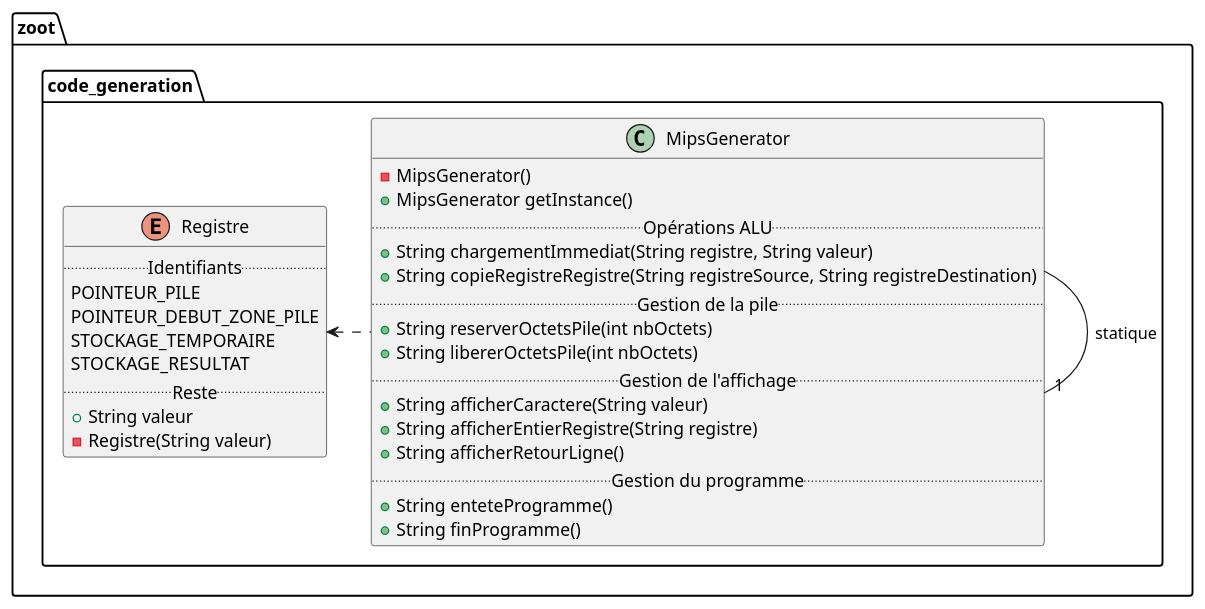
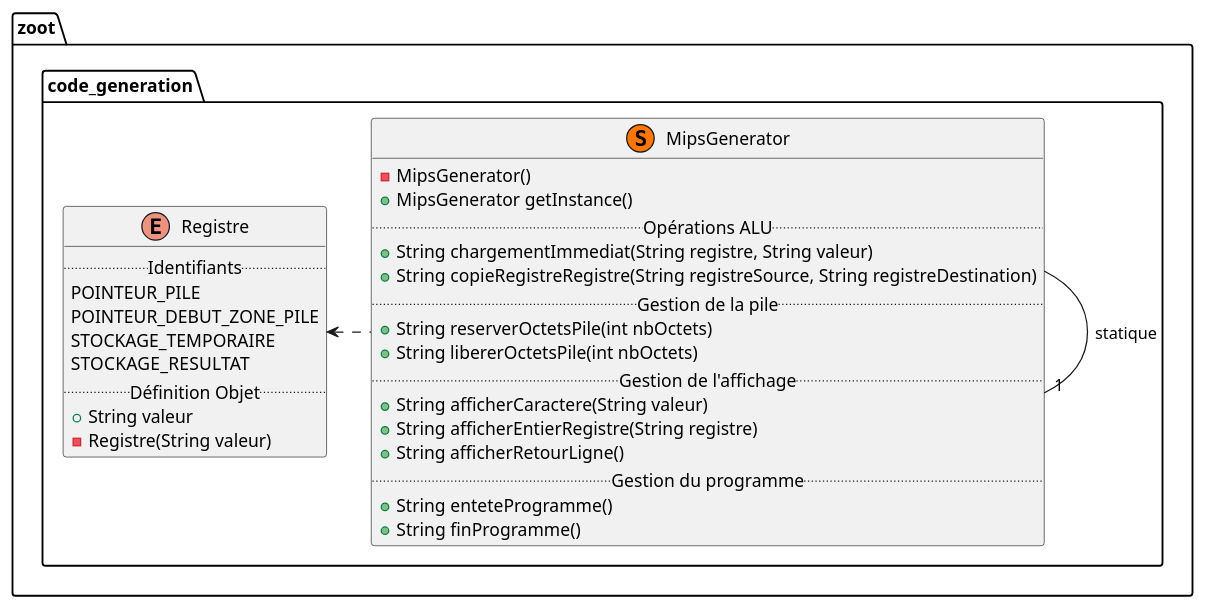
Before and after one commit to lmtb06/zoot: the diagram in diagrammes/classe/code_generation.puml, drawn with PlantUML. The commit also changed 8 other files, not shown here.

Commit message:
Ajout de l'attribut MipsGenerator à ArbreAbstrait afin d'alléger l'écriture du code.

```diff
--- a/diagrammes/classe/code_generation.puml
+++ b/diagrammes/classe/code_generation.puml
@@ -1,40 +1,40 @@
 @startuml "Package code_generation"
 
 namespace zoot.code_generation {
     ' Includes
     ' Classes
-    enum Registre {
+    enum Registre{
         .. Identifiants ..
         POINTEUR_PILE
         POINTEUR_DEBUT_ZONE_PILE
         STOCKAGE_TEMPORAIRE
         STOCKAGE_RESULTAT
-        .. Reste ..
+        .. Définition Objet ..
         + String valeur
         - Registre(String valeur)
     }
 
-    class MipsGenerator {
+    class MipsGenerator << (S,#FF7700) >> {
         - MipsGenerator()
         + MipsGenerator getInstance()
         .. Opérations ALU ..
         + String chargementImmediat(String registre, String valeur)
         + String copieRegistreRegistre(String registreSource, String registreDestination)
         .. Gestion de la pile ..
         + String reserverOctetsPile(int nbOctets)
         + String libererOctetsPile(int nbOctets)
         .. Gestion de l'affichage ..
         + String afficherCaractere(String valeur)
         + String afficherEntierRegistre(String registre)
         + String afficherRetourLigne()
         .. Gestion du programme ..
         + String enteteProgramme()
         + String finProgramme()
     }
 
     ' Relations entre les classes
     MipsGenerator -right-"1" MipsGenerator : statique
     MipsGenerator .left.> Registre
 
 }
 @enduml
```
